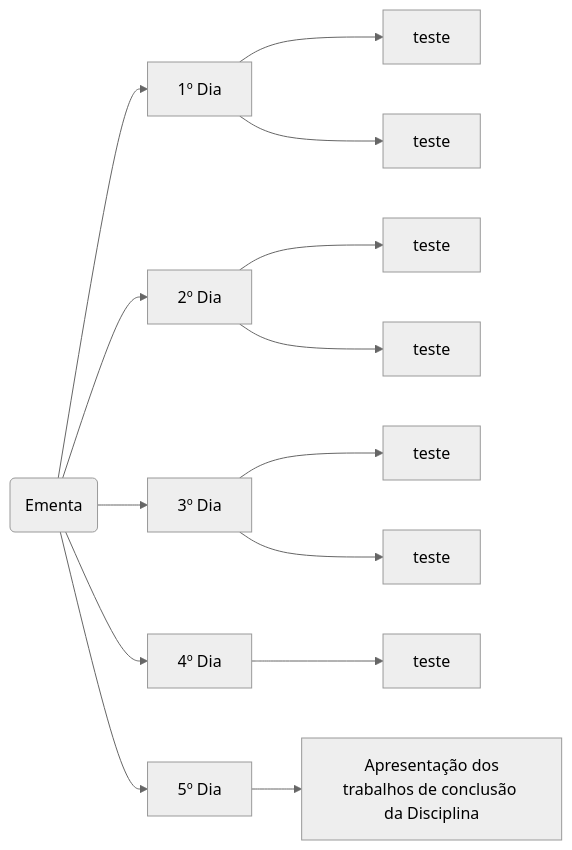
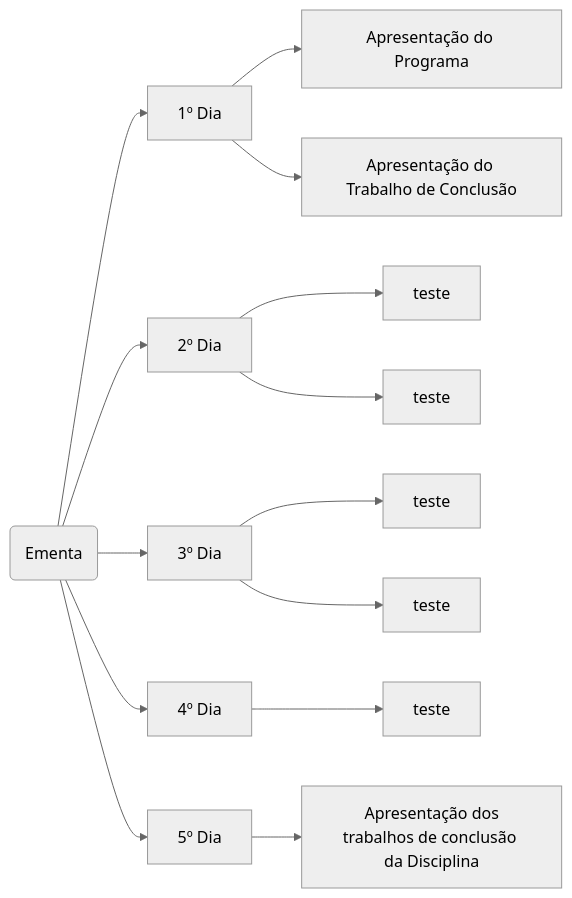
One commit to edalcin/eb11302 changed the diagram in 2024/ementa.md. Above: the diagram before and after it, drawn with Mermaid (neutral theme). The commit also changed 1 other file, not shown here.

````diff
--- a/2024/ementa.md
+++ b/2024/ementa.md
@@ -3,16 +3,16 @@
 ```mermaid
 graph LR
     00(Ementa) --> 01[1º Dia]
-        01 --> 01.1[teste]
-        01 --> 01.2[teste]
+        01 --> 01.1[Apresentação do Programa]
+        01 --> 01.2[Apresentação do Trabalho de Conclusão]
     00 --> 02[2º Dia] 
         02 --> 02.1[teste]
         02 --> 02.2[teste]
     00 --> 03[3º Dia]
         03 --> 03.1[teste]
         03 --> 03.2[teste]
     00 --> 04[4º Dia]
         04 --> 04.1[teste]
     00 --> 05[5º Dia]
         05 --> 05.1[Apresentação dos<br>trabalhos de conclusão da Disciplina]
 ```
````
